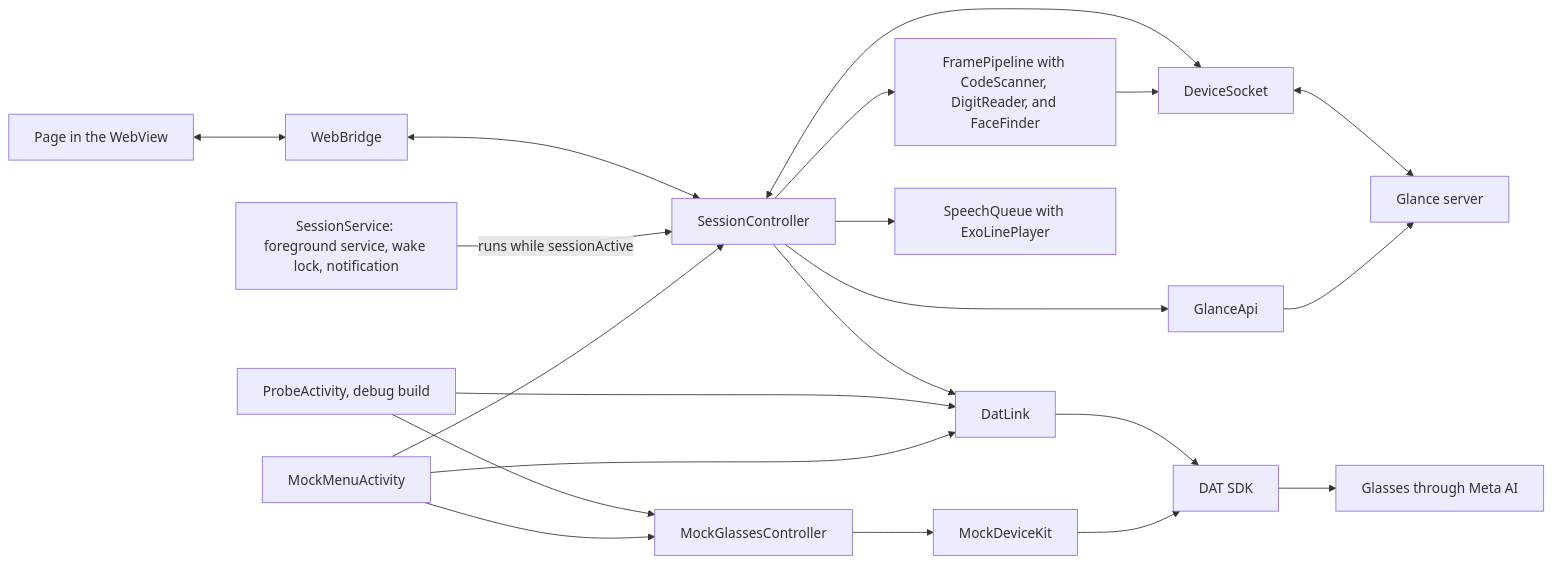
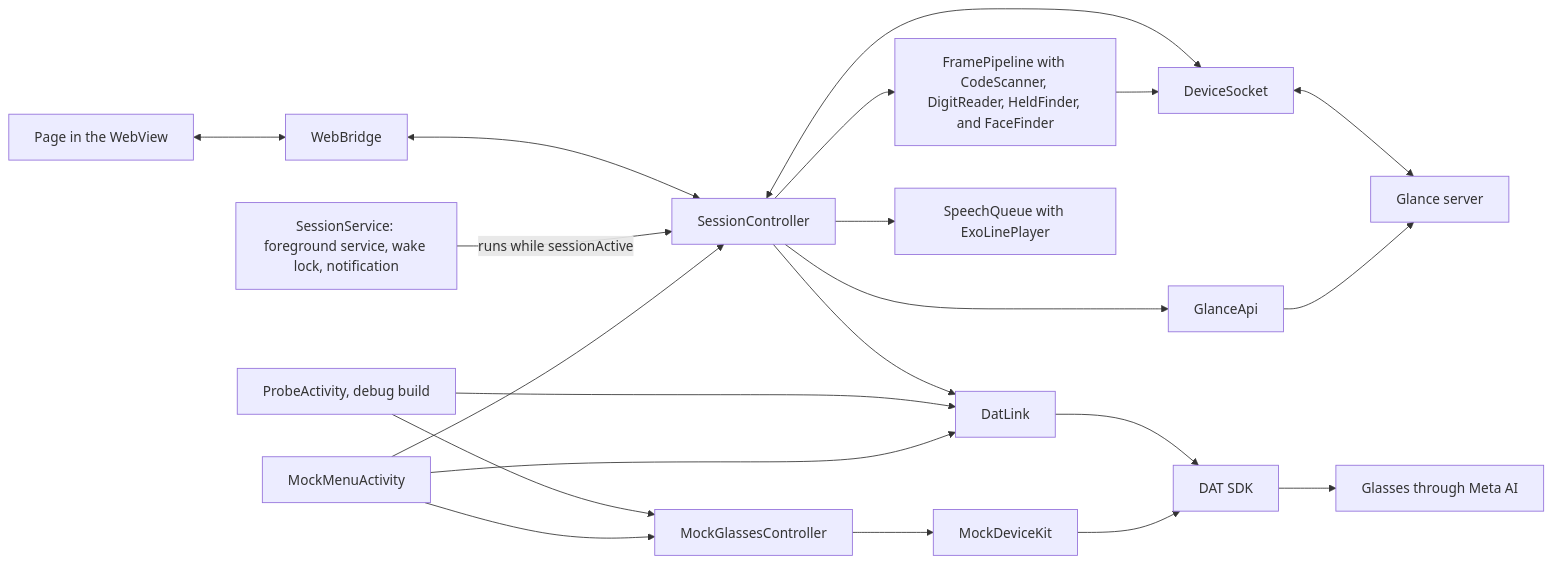
Before and after one commit to mrBymax/glance: the first of 9 diagrams in apps/mobile/android/README.md, drawn with Mermaid. The commit also changed other lines of this file and 4 other files, not shown here.

````diff
--- a/apps/mobile/android/README.md
+++ b/apps/mobile/android/README.md
@@ -20,23 +20,23 @@
 ```mermaid
 flowchart LR
     Page[Page in the WebView] <--> Bridge[WebBridge]
     Bridge <--> Session[SessionController]
     Session --> Link[DatLink]
-    Session --> Pipeline[FramePipeline with CodeScanner, DigitReader, and FaceFinder]
+    Session --> Pipeline[FramePipeline with CodeScanner, DigitReader, HeldFinder, and FaceFinder]
     Session --> Queue[SpeechQueue with ExoLinePlayer]
     Session <--> Socket[DeviceSocket]
     Service[SessionService: foreground service, wake lock, notification] -- "runs while sessionActive" --> Session
     Session --> Api[GlanceApi]
     Socket <--> Server[Glance server]
     Api --> Server
     Pipeline --> Socket
     Link --> Sdk[DAT SDK]
     Mock[MockGlassesController] --> Kit[MockDeviceKit]
     Kit --> Sdk
     Sdk --> Glasses[Glasses through Meta AI]
     Probe[ProbeActivity, debug build] --> Link
     Probe --> Mock
     Menu[MockMenuActivity] --> Mock
     Menu --> Link
     Menu --> Session
 ```
````
